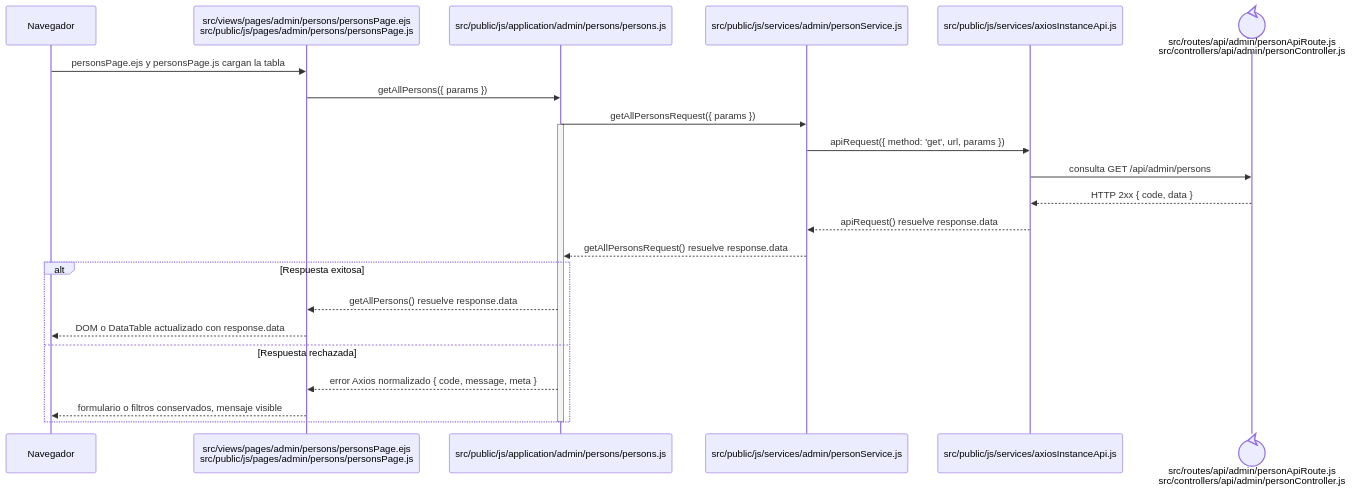
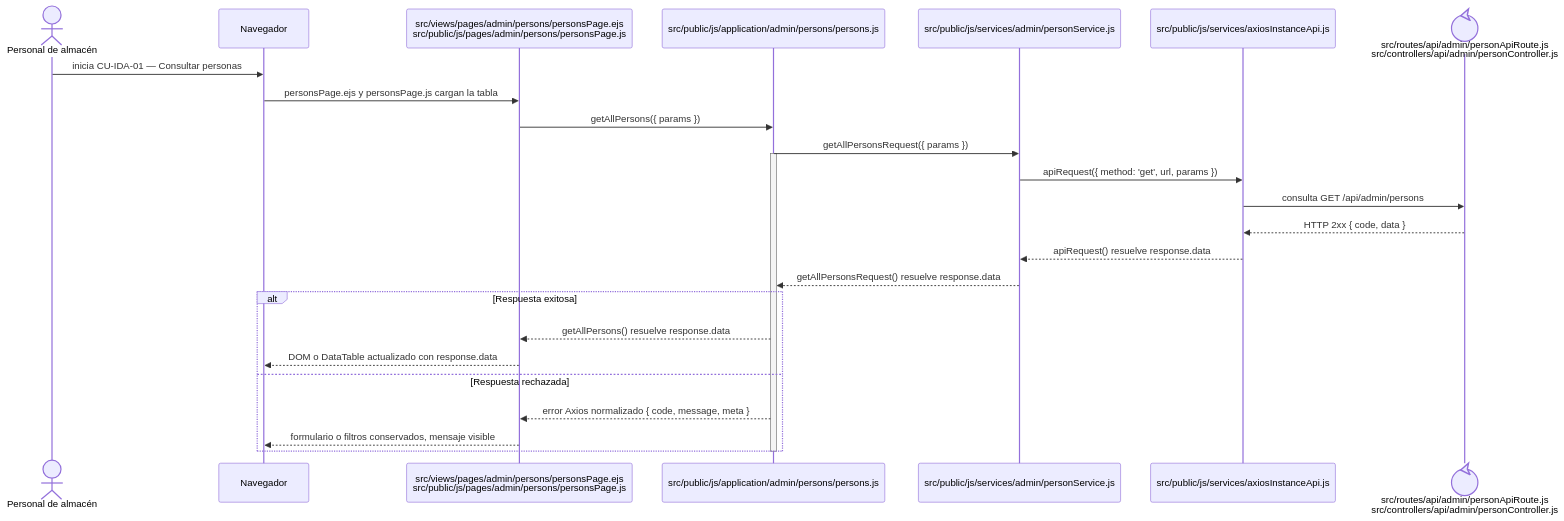
Before and after one commit to gpgsistemas01/nexus: the diagram in docs/architecture/frontend-code-sequences/identity-access/cu-ida-01.md, drawn with Mermaid. The commit also changed 105 other files, not shown here.

````diff
--- a/docs/architecture/frontend-code-sequences/identity-access/cu-ida-01.md
+++ b/docs/architecture/frontend-code-sequences/identity-access/cu-ida-01.md
@@ -6,27 +6,29 @@
 ```mermaid
 sequenceDiagram
+    actor Initiator as Personal de almacén
     participant Browser as Navegador
     participant View as src/views/pages/admin/persons/personsPage.ejs<br/>src/public/js/pages/admin/persons/personsPage.js
     participant Application as src/public/js/application/admin/persons/persons.js
     participant Request as src/public/js/services/admin/personService.js
     participant HTTP as src/public/js/services/axiosInstanceApi.js
     participant Transport@{ "type": "control" } as src/routes/api/admin/personApiRoute.js<br/>src/controllers/api/admin/personController.js
 
+    Initiator->>Browser: inicia CU-IDA-01 — Consultar personas
     Browser->>View: personsPage.ejs y personsPage.js cargan la tabla
     View->>Application: getAllPersons({ params })
     Application->>Request: getAllPersonsRequest({ params })
     activate Application
     Request->>HTTP: apiRequest({ method: 'get', url, params })
     HTTP->>Transport: consulta GET /api/admin/persons
     Transport-->>HTTP: HTTP 2xx { code, data }
     HTTP-->>Request: apiRequest() resuelve response.data
     Request-->>Application: getAllPersonsRequest() resuelve response.data
     alt Respuesta exitosa
         Application-->>View: getAllPersons() resuelve response.data
         View-->>Browser: DOM o DataTable actualizado con response.data
     else Respuesta rechazada
         Application-->>View: error Axios normalizado { code, message, meta }
         View-->>Browser: formulario o filtros conservados, mensaje visible
     end
     deactivate Application
 ```
````
